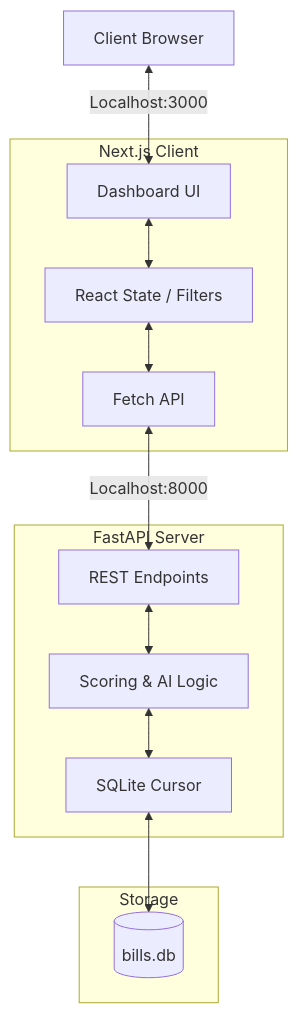
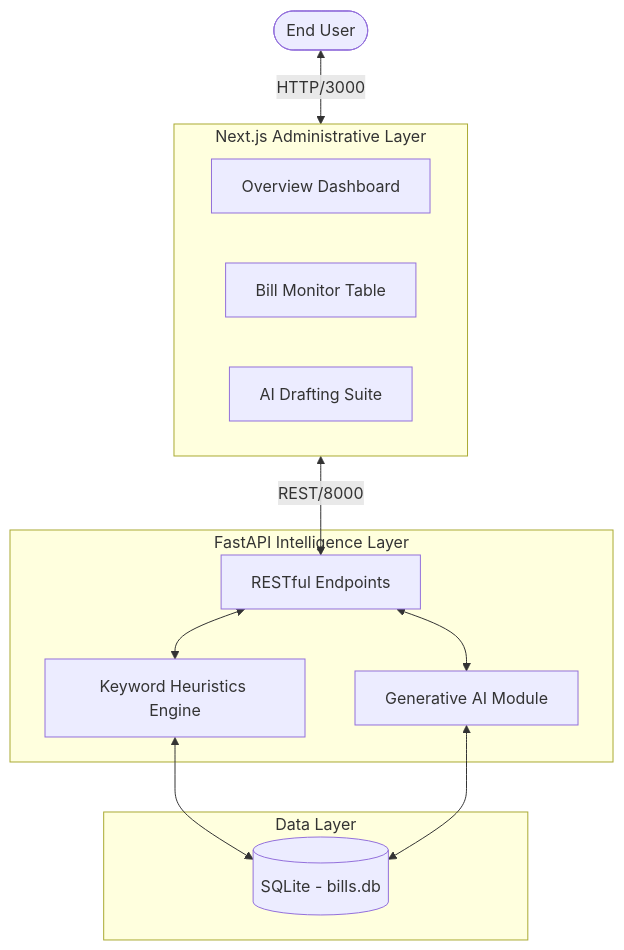
One commit to gayatriyadavv/policy-alert-engine changed the diagram in README.md. Above: the diagram before and after it, drawn with Mermaid. The commit also changed other lines of this file and 4 other files, not shown here.

Commit message:
docs: comprehensive documentation overhaul including root, api, frontend, and backend READMEs and architectural flow diagrams

````diff
--- a/README.md
+++ b/README.md
@@ -55,28 +57,27 @@
 ```mermaid
 flowchart TD
-    subpage[Client Browser]
+    User([End User])
     
-    subgraph Frontend [Next.js Client]
-        UI[Dashboard UI]
-        State[React State / Filters]
-        Network[Fetch API]
+    subgraph Frontend ["Next.js Administrative Layer"]
+        Dashboard[Overview Dashboard]
+        Bills[Bill Monitor Table]
+        Analytics[AI Drafting Suite]
     end
 
-    subgraph Backend [FastAPI Server]
-        API[REST Endpoints]
-        Logic[Scoring & AI Logic]
-        SQL[SQLite Cursor]
+    subgraph Backend ["FastAPI Intelligence Layer"]
+        API[RESTful Endpoints]
+        Engine[Keyword Heuristics Engine]
+        AI[Generative AI Module]
     end
 
-    subgraph Storage
-        DB[(bills.db)]
+    subgraph Persistence ["Data Layer"]
+        DB[(SQLite - bills.db)]
     end
 
-    subpage <-->|Localhost:3000| UI
-    UI <--> State
-    State <--> Network
-    Network <-->|Localhost:8000| API
-    API <--> Logic
-    Logic <--> SQL
-    SQL <--> DB
+    User <-->|HTTP/3000| Frontend
+    Frontend <-->|REST/8000| API
+    API <--> Engine
+    API <--> AI
+    Engine <--> DB
+    AI <--> DB
 ```
````
